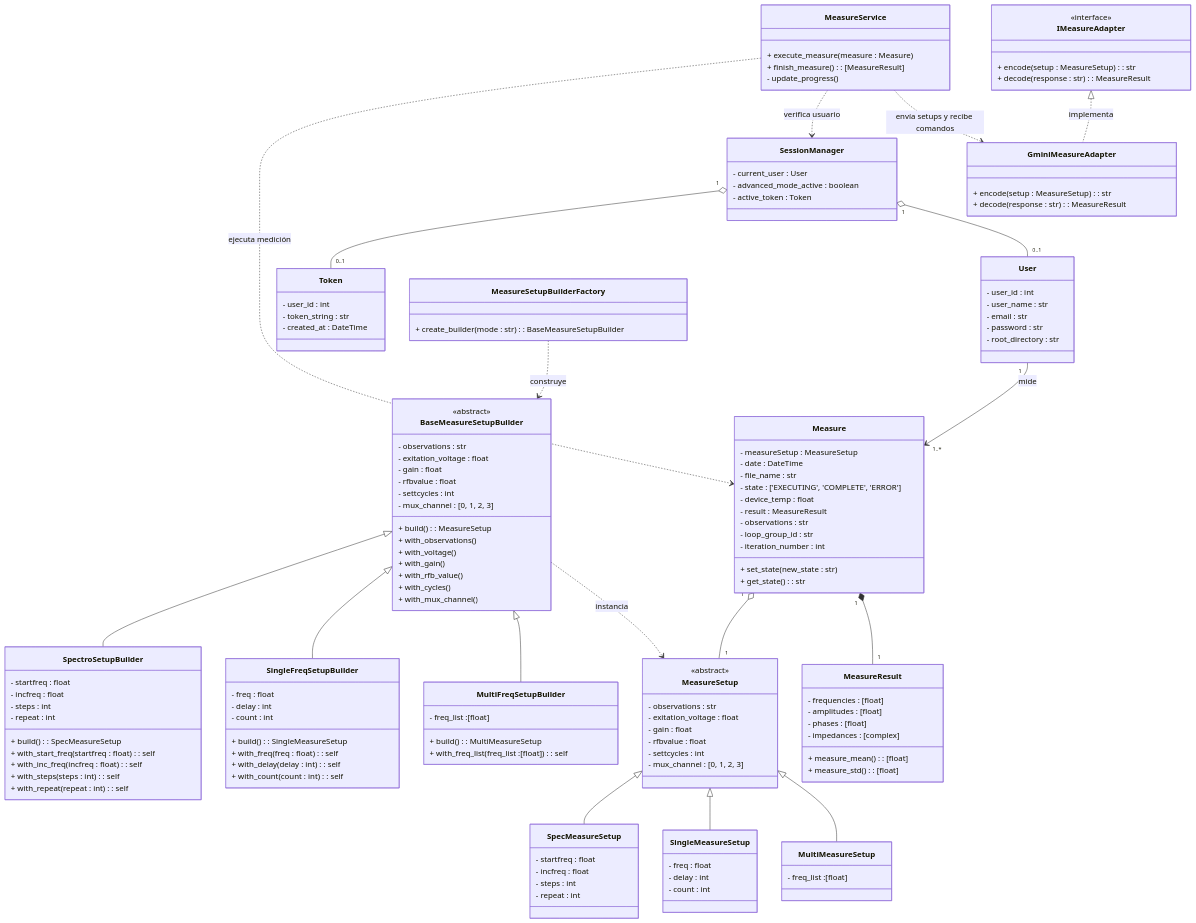
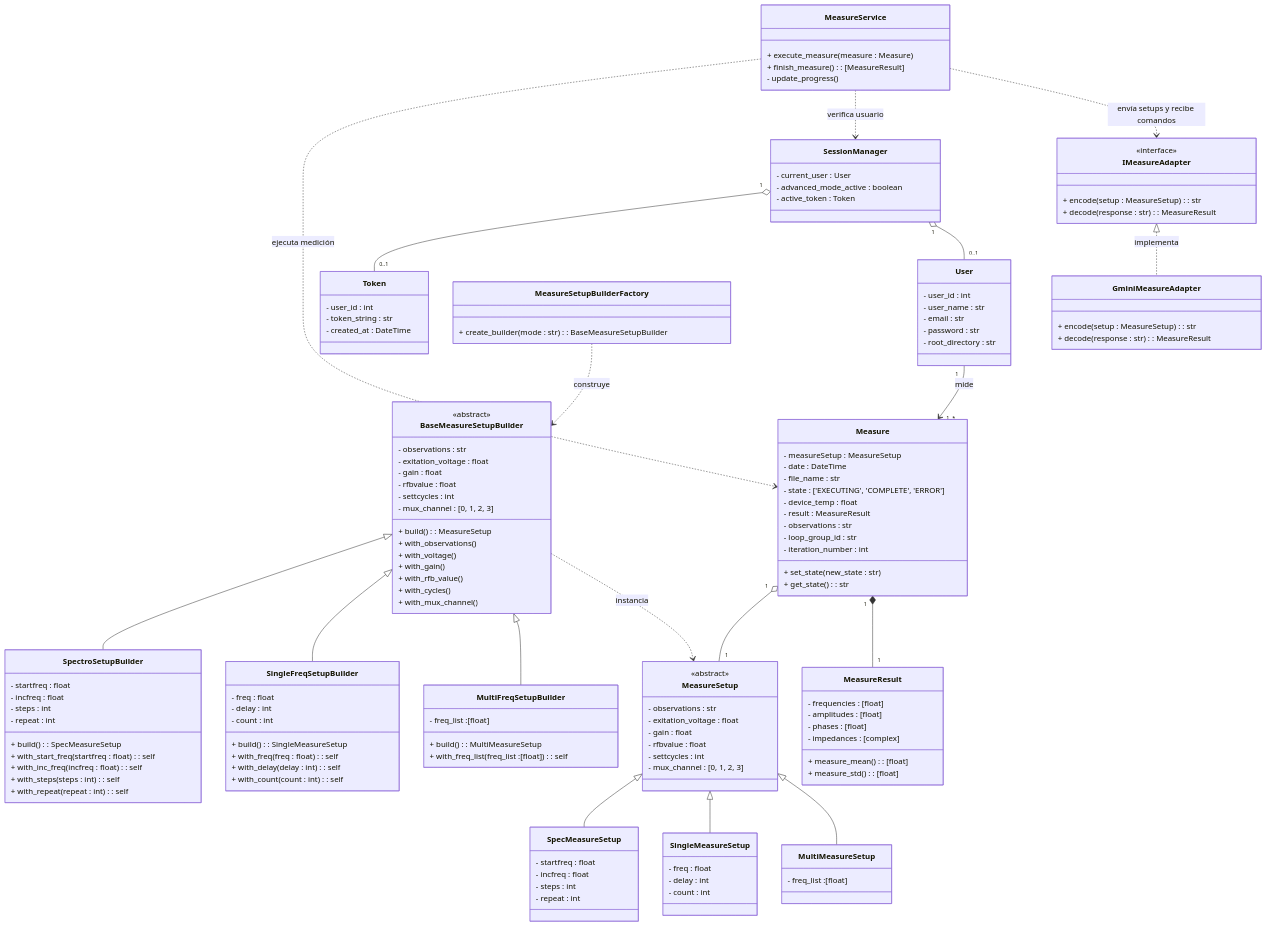
The fourth of 6 diagrams in Gmini-MarkDown/Diagramas/Clases Conceptuales.md (alegrelias/Repo-GMini), drawn with Mermaid before and after one commit. The commit also changed other lines of this file, not shown here.

Commit message:
Se modifica diagrama de clases

```diff
--- a/Gmini-MarkDown/Diagramas/Clases Conceptuales.md
+++ b/Gmini-MarkDown/Diagramas/Clases Conceptuales.md
@@ -696,7 +700,7 @@
 
 MeasureService ..> Measure : ejecuta medición
 MeasureService ..> SessionManager : verifica usuario
-MeasureService ..> GminiMeasureAdapter : envía setups y recibe comandos
+MeasureService ..> IMeasureAdapter : envía setups y recibe comandos
 
 SessionManager "1"o--"0..1" Token
 SessionManager "1"o--"0..1" User
```
